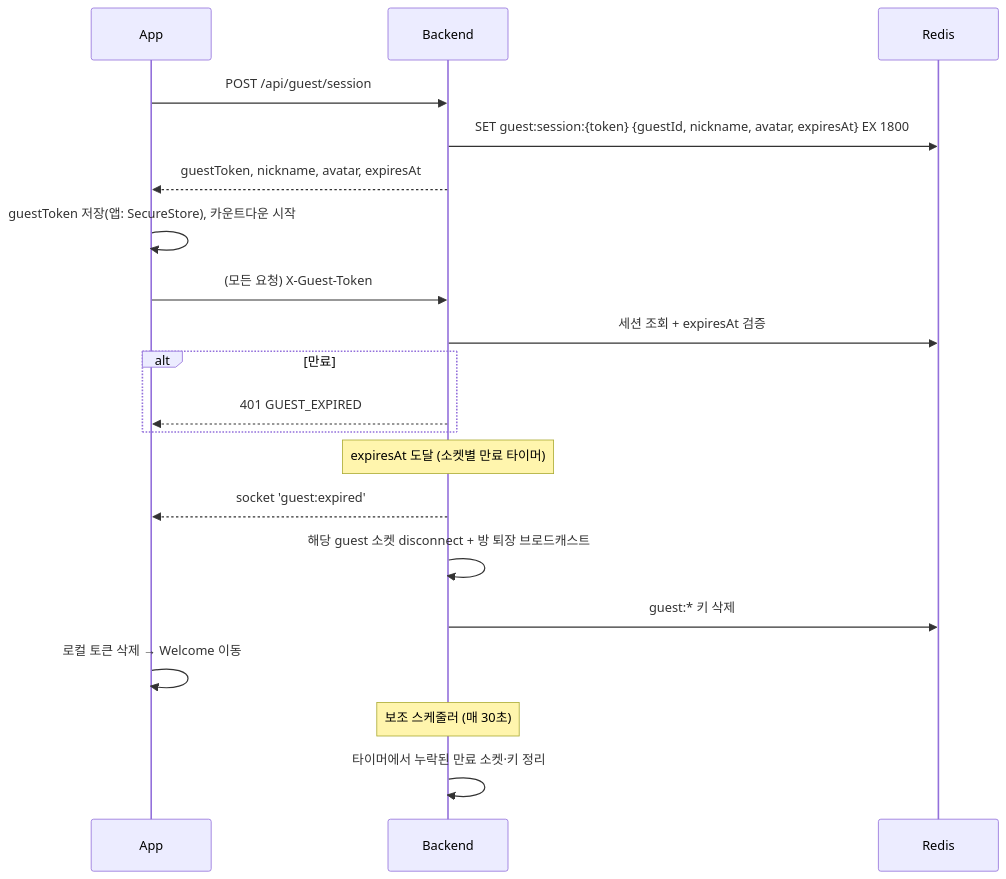
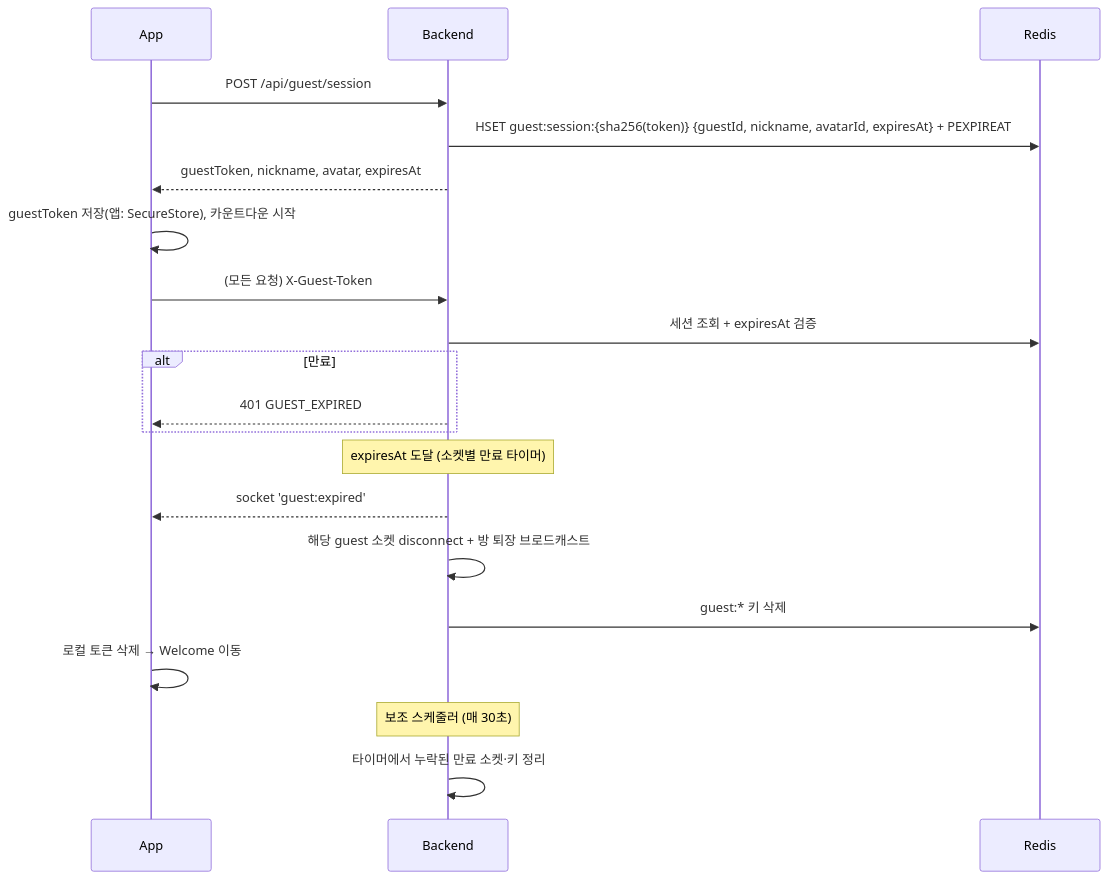
Before and after one commit to heejung72/Orbit: the second of 2 diagrams in docs/system_design.md, drawn with Mermaid. The commit also changed other lines of this file and 28 other files, not shown here.

````diff
--- a/docs/system_design.md
+++ b/docs/system_design.md
@@ -64,26 +64,26 @@
 ```mermaid
 sequenceDiagram
     participant A as App
     participant B as Backend
     participant R as Redis
 
     A->>B: POST /api/guest/session
-    B->>R: SET guest:session:{token} {guestId, nickname, avatar, expiresAt} EX 1800
+    B->>R: HSET guest:session:{sha256(token)} {guestId, nickname, avatarId, expiresAt} + PEXPIREAT
     B-->>A: guestToken, nickname, avatar, expiresAt
     A->>A: guestToken 저장(앱: SecureStore), 카운트다운 시작
 
     A->>B: (모든 요청) X-Guest-Token
     B->>R: 세션 조회 + expiresAt 검증
     alt 만료
         B-->>A: 401 GUEST_EXPIRED
     end
 
     Note over B: expiresAt 도달 (소켓별 만료 타이머)
     B-->>A: socket 'guest:expired'
     B->>B: 해당 guest 소켓 disconnect + 방 퇴장 브로드캐스트
     B->>R: guest:* 키 삭제
     A->>A: 로컬 토큰 삭제 → Welcome 이동
 
     Note over B: 보조 스케줄러 (매 30초)
     B->>B: 타이머에서 누락된 만료 소켓·키 정리
 ```
````
